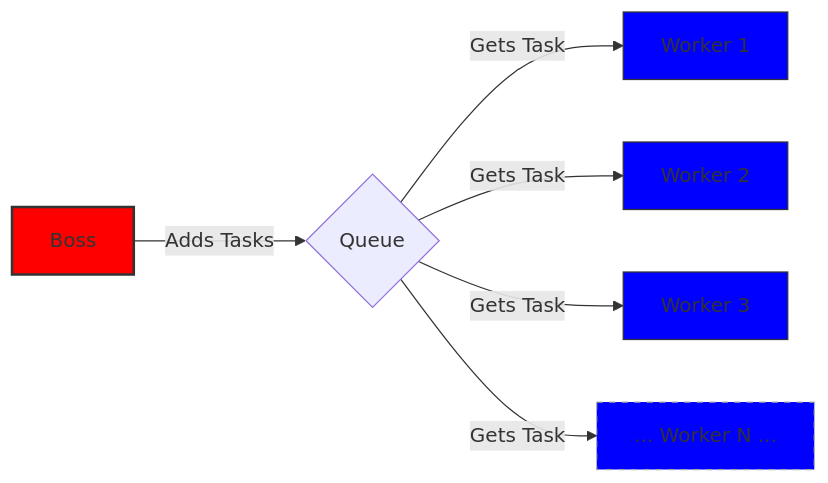
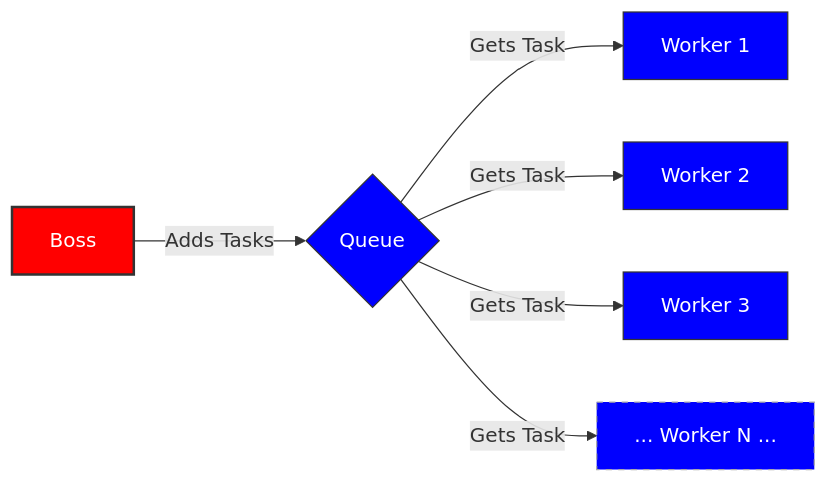
Before and after one commit to byui-cse/cse351-student-version: the first of 5 diagrams in lesson_09/canvas/prepare.md, drawn with Mermaid.

````diff
--- a/lesson_09/canvas/prepare.md
+++ b/lesson_09/canvas/prepare.md
@@ -38,14 +38,15 @@
 ```mermaid
 graph LR
     B[Boss] -- "Adds Tasks" --> Q{Queue};
     Q -- "Gets Task" --> W1[Worker 1];
     Q -- "Gets Task" --> W2[Worker 2];
     Q -- "Gets Task" --> W3[Worker 3];
     Q -- "Gets Task" --> WN[... Worker N ...];
 
-    style B fill:#ff0000,stroke:#333,stroke-width:2px
-    style W1 fill:#00ff,stroke:#333,stroke-width:1px
-    style W2 fill:#00ff,stroke:#333,stroke-width:1px
-    style W3 fill:#00ff,stroke:#333,stroke-width:1px
-    style WN fill:#00ff,stroke:#aaa,stroke-width:1px,stroke-dasharray: 5 5
+    style B fill:#ff0000,stroke:#333,stroke-width:2px,color:#ffffff
+    style Q fill:#0000ff,stroke:#333,stroke-width:1px,color:#ffffff
+    style W1 fill:#0000ff,stroke:#333,stroke-width:1px,color:#ffffff
+    style W2 fill:#0000ff,stroke:#333,stroke-width:1px,color:#ffffff
+    style W3 fill:#0000ff,stroke:#333,stroke-width:1px,color:#ffffff
+    style WN fill:#0000ff,stroke:#aaa,stroke-width:1px,stroke-dasharray: 5 5,color:#ffffff
 ```
````
